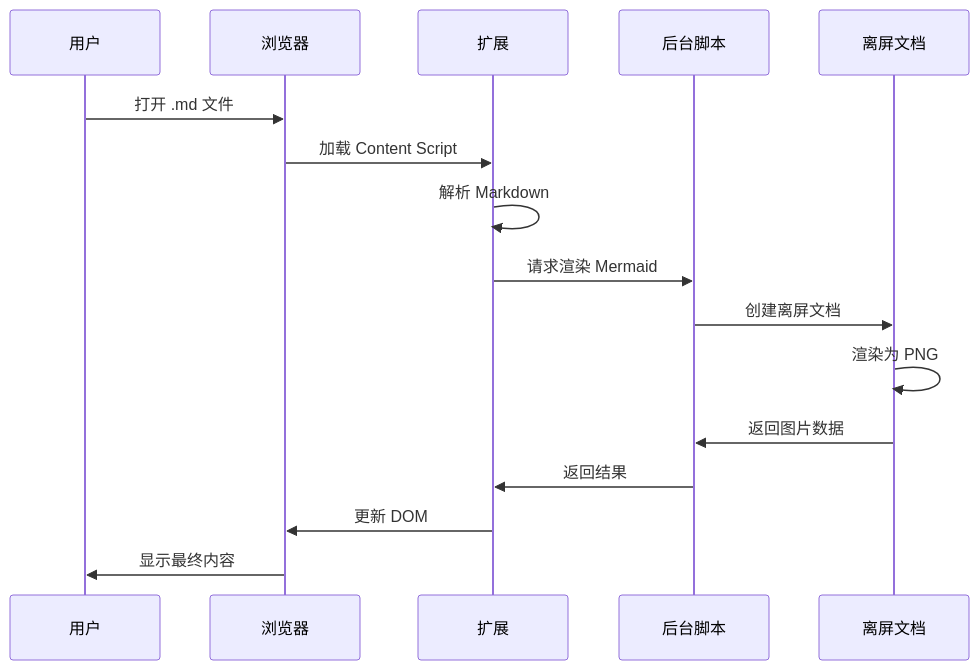
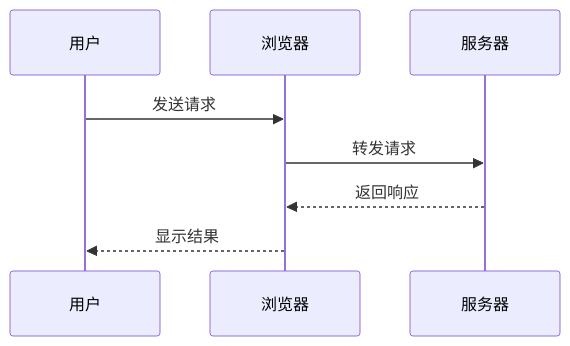
Before and after one commit to hubo1989/Medit: the second of 6 diagrams in test/test.md, drawn with Mermaid. The commit also changed other lines of this file and 12 other files, not shown here.

````diff
--- a/test/test.md
+++ b/test/test.md
@@ -741,19 +379,11 @@
 ```mermaid
 sequenceDiagram
     participant U as 用户
     participant B as 浏览器
-    participant E as 扩展
-    participant BG as 后台脚本
-    participant OS as 离屏文档
+    participant S as 服务器
     
-    U->>B: 打开 .md 文件
-    B->>E: 加载 Content Script
-    E->>E: 解析 Markdown
-    E->>BG: 请求渲染 Mermaid
-    BG->>OS: 创建离屏文档
-    OS->>OS: 渲染为 PNG
-    OS->>BG: 返回图片数据
-    BG->>E: 返回结果
-    E->>B: 更新 DOM
-    B->>U: 显示最终内容
+    U->>B: 发送请求
+    B->>S: 转发请求
+    S-->>B: 返回响应
+    B-->>U: 显示结果
 ```
````
